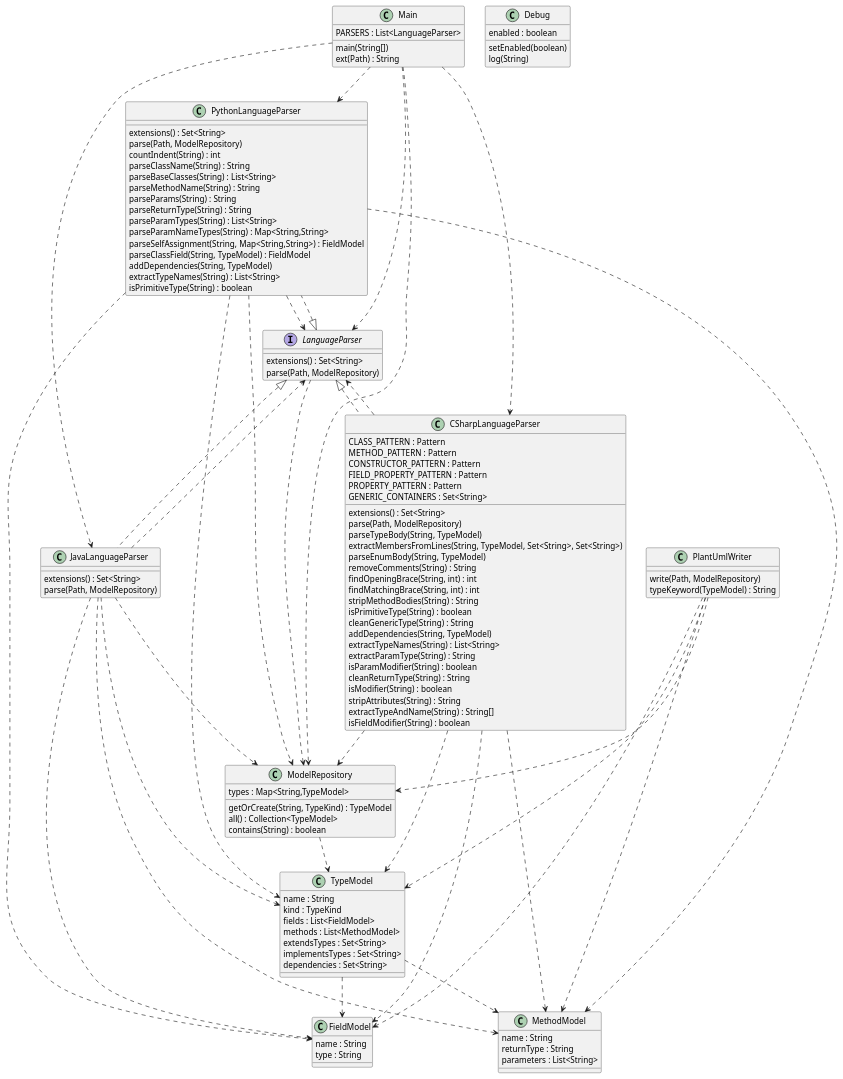
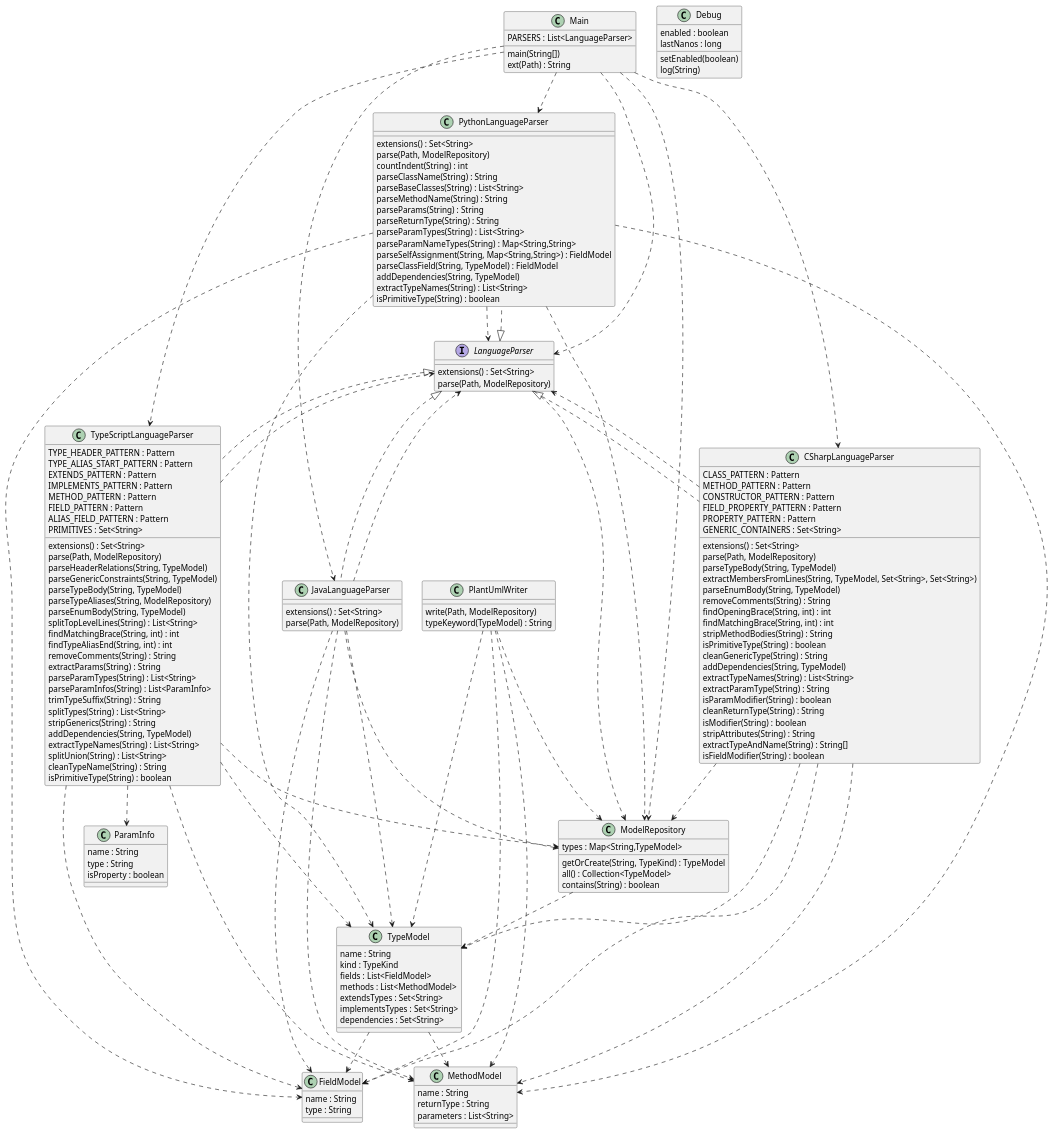
Before and after one commit to nLaykon/PlantUmlGenerator: the diagram in src/main/java/org/laykon/diagram.puml, drawn with PlantUML. The commit also changed 5 other files, not shown here.

Commit message:
Fixed C# Parsing speed, Improved debug and added TypeScript support

```diff
--- a/src/main/java/org/laykon/diagram.puml
+++ b/src/main/java/org/laykon/diagram.puml
@@ -1,128 +1,174 @@
 @startuml
 
 class PythonLanguageParser {
   extensions() : Set<String>
   parse(Path, ModelRepository)
   countIndent(String) : int
   parseClassName(String) : String
   parseBaseClasses(String) : List<String>
   parseMethodName(String) : String
   parseParams(String) : String
   parseReturnType(String) : String
   parseParamTypes(String) : List<String>
   parseParamNameTypes(String) : Map<String,String>
   parseSelfAssignment(String, Map<String,String>) : FieldModel
   parseClassField(String, TypeModel) : FieldModel
   addDependencies(String, TypeModel)
   extractTypeNames(String) : List<String>
   isPrimitiveType(String) : boolean
 }
 class ModelRepository {
   types : Map<String,TypeModel>
   getOrCreate(String, TypeKind) : TypeModel
   all() : Collection<TypeModel>
   contains(String) : boolean
 }
 class MethodModel {
   name : String
   returnType : String
   parameters : List<String>
+}
+class TypeScriptLanguageParser {
+  TYPE_HEADER_PATTERN : Pattern
+  TYPE_ALIAS_START_PATTERN : Pattern
+  EXTENDS_PATTERN : Pattern
+  IMPLEMENTS_PATTERN : Pattern
+  METHOD_PATTERN : Pattern
+  FIELD_PATTERN : Pattern
+  ALIAS_FIELD_PATTERN : Pattern
+  PRIMITIVES : Set<String>
+  extensions() : Set<String>
+  parse(Path, ModelRepository)
+  parseHeaderRelations(String, TypeModel)
+  parseGenericConstraints(String, TypeModel)
+  parseTypeBody(String, TypeModel)
+  parseTypeAliases(String, ModelRepository)
+  parseEnumBody(String, TypeModel)
+  splitTopLevelLines(String) : List<String>
+  findMatchingBrace(String, int) : int
+  findTypeAliasEnd(String, int) : int
+  removeComments(String) : String
+  extractParams(String) : String
+  parseParamTypes(String) : List<String>
+  parseParamInfos(String) : List<ParamInfo>
+  trimTypeSuffix(String) : String
+  splitTypes(String) : List<String>
+  stripGenerics(String) : String
+  addDependencies(String, TypeModel)
+  extractTypeNames(String) : List<String>
+  splitUnion(String) : List<String>
+  cleanTypeName(String) : String
+  isPrimitiveType(String) : boolean
 }
 class JavaLanguageParser {
   extensions() : Set<String>
   parse(Path, ModelRepository)
 }
 interface LanguageParser {
   extensions() : Set<String>
   parse(Path, ModelRepository)
 }
 class PlantUmlWriter {
   write(Path, ModelRepository)
   typeKeyword(TypeModel) : String
 }
 class TypeModel {
   name : String
   kind : TypeKind
   fields : List<FieldModel>
   methods : List<MethodModel>
   extendsTypes : Set<String>
   implementsTypes : Set<String>
   dependencies : Set<String>
 }
 class FieldModel {
   name : String
   type : String
 }
 class Main {
   PARSERS : List<LanguageParser>
   main(String[])
   ext(Path) : String
 }
 class Debug {
   enabled : boolean
+  lastNanos : long
   setEnabled(boolean)
   log(String)
 }
 class CSharpLanguageParser {
   CLASS_PATTERN : Pattern
   METHOD_PATTERN : Pattern
   CONSTRUCTOR_PATTERN : Pattern
   FIELD_PROPERTY_PATTERN : Pattern
   PROPERTY_PATTERN : Pattern
   GENERIC_CONTAINERS : Set<String>
   extensions() : Set<String>
   parse(Path, ModelRepository)
   parseTypeBody(String, TypeModel)
   extractMembersFromLines(String, TypeModel, Set<String>, Set<String>)
   parseEnumBody(String, TypeModel)
   removeComments(String) : String
   findOpeningBrace(String, int) : int
   findMatchingBrace(String, int) : int
   stripMethodBodies(String) : String
   isPrimitiveType(String) : boolean
   cleanGenericType(String) : String
   addDependencies(String, TypeModel)
   extractTypeNames(String) : List<String>
   extractParamType(String) : String
   isParamModifier(String) : boolean
   cleanReturnType(String) : String
   isModifier(String) : boolean
   stripAttributes(String) : String
   extractTypeAndName(String) : String[]
   isFieldModifier(String) : boolean
 }
+class ParamInfo {
+  name : String
+  type : String
+  isProperty : boolean
+}
 
 LanguageParser <|.. PythonLanguageParser
+LanguageParser <|.. TypeScriptLanguageParser
 LanguageParser <|.. JavaLanguageParser
 LanguageParser <|.. CSharpLanguageParser
 
 PythonLanguageParser ..> MethodModel
 PythonLanguageParser ..> LanguageParser
 PythonLanguageParser ..> TypeModel
 PythonLanguageParser ..> ModelRepository
 PythonLanguageParser ..> FieldModel
 ModelRepository ..> TypeModel
+TypeScriptLanguageParser ..> MethodModel
+TypeScriptLanguageParser ..> LanguageParser
+TypeScriptLanguageParser ..> TypeModel
+TypeScriptLanguageParser ..> ModelRepository
+TypeScriptLanguageParser ..> FieldModel
+TypeScriptLanguageParser ..> ParamInfo
 JavaLanguageParser ..> MethodModel
 JavaLanguageParser ..> LanguageParser
 JavaLanguageParser ..> TypeModel
 JavaLanguageParser ..> ModelRepository
 JavaLanguageParser ..> FieldModel
 LanguageParser ..> ModelRepository
 PlantUmlWriter ..> ModelRepository
 PlantUmlWriter ..> MethodModel
 PlantUmlWriter ..> TypeModel
 PlantUmlWriter ..> FieldModel
 TypeModel ..> MethodModel
 TypeModel ..> FieldModel
 Main ..> PythonLanguageParser
 Main ..> JavaLanguageParser
+Main ..> TypeScriptLanguageParser
 Main ..> LanguageParser
 Main ..> ModelRepository
 Main ..> CSharpLanguageParser
 CSharpLanguageParser ..> MethodModel
 CSharpLanguageParser ..> LanguageParser
 CSharpLanguageParser ..> TypeModel
 CSharpLanguageParser ..> ModelRepository
 CSharpLanguageParser ..> FieldModel
 
 @enduml
```
